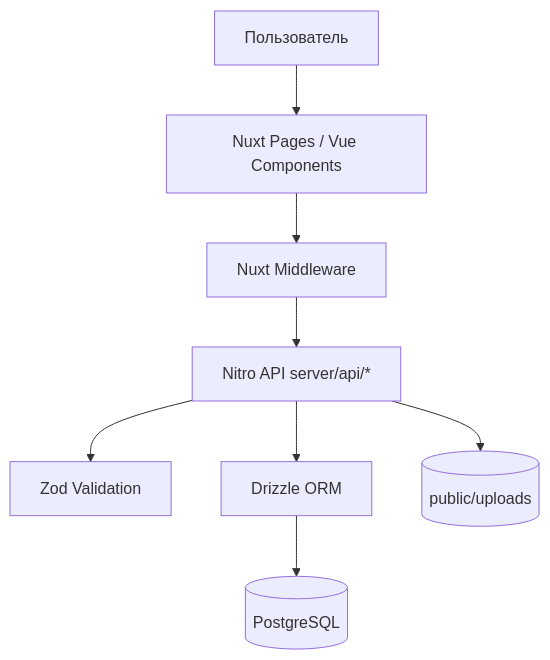
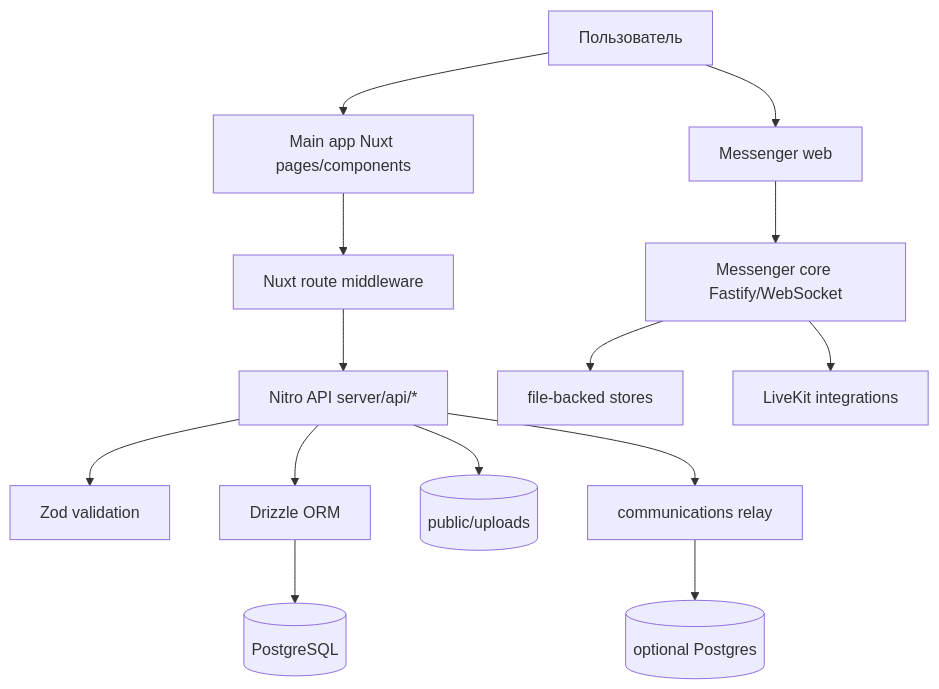
One commit to s6d3g9/dariakulchikhina changed the diagram in docs/architecture/01-tech-stack.md. Above: the diagram before and after it, drawn with Mermaid. The commit also changed other lines of this file and 41 other files, not shown here.

````diff
--- a/docs/architecture/01-tech-stack.md
+++ b/docs/architecture/01-tech-stack.md
@@ -64,10 +68,19 @@
 ```mermaid
 flowchart TD
-  U[Пользователь] --> V[Nuxt Pages / Vue Components]
-  V --> M[Nuxt Middleware]
-  M --> A[Nitro API server/api/*]
-  A --> Z[Zod Validation]
-  A --> D[Drizzle ORM]
-  D --> P[(PostgreSQL)]
-  A --> F[(public/uploads)]
+  U[Пользователь] --> MP[Main app Nuxt pages/components]
+  U --> MW[Messenger web]
+
+  MP --> MM[Nuxt route middleware]
+  MM --> MA[Nitro API server/api/*]
+  MA --> MZ[Zod validation]
+  MA --> MD[Drizzle ORM]
+  MD --> P[(PostgreSQL)]
+  MA --> F[(public/uploads)]
+  MA --> CR[communications relay]
+
+  MW --> MC[Messenger core Fastify/WebSocket]
+  MC --> MCF[file-backed stores]
+  MC --> LK[LiveKit integrations]
+
+  CR --> CP[(optional Postgres)]
 ```
````
